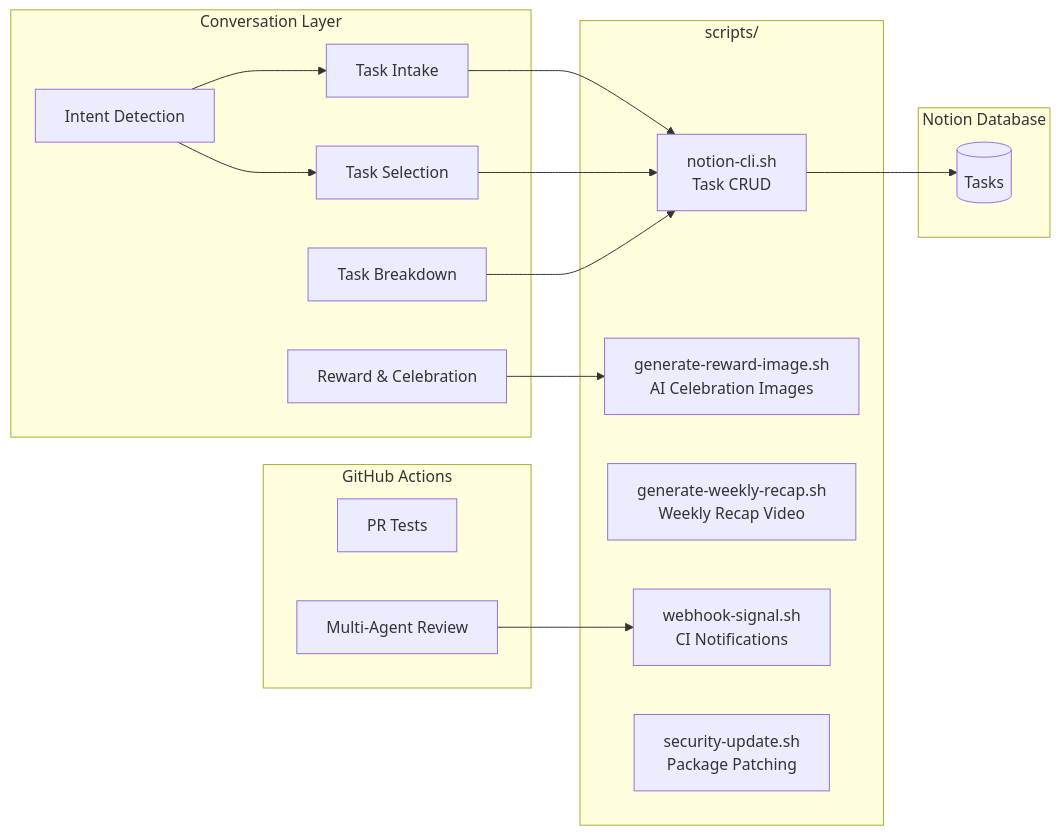
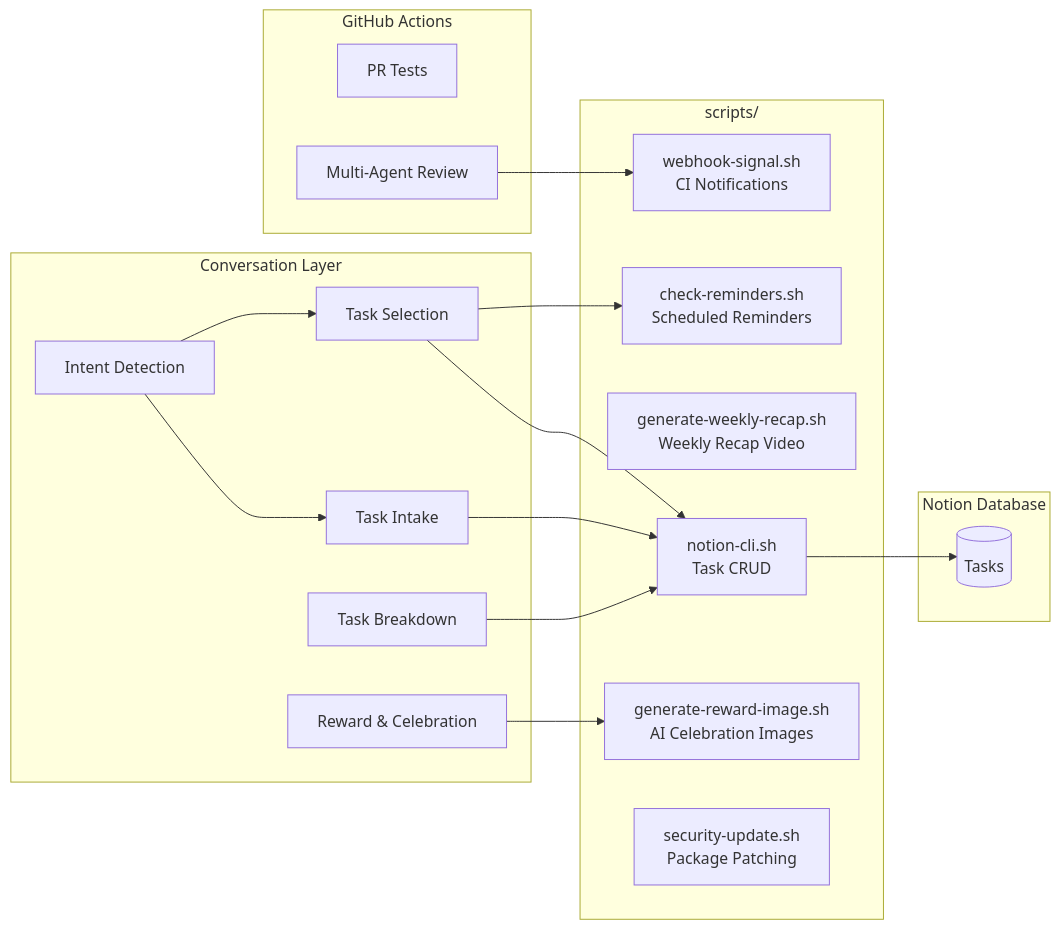
The second of 6 diagrams in docs/architecture.md (NickBorgersProbably/hide-my-list), drawn with Mermaid before and after one commit. The commit also changed other lines of this file and 7 other files, not shown here.

First line of the commit message:
Add scheduled reminder system for proactive time-based notifications

````diff
--- a/docs/architecture.md
+++ b/docs/architecture.md
@@ -55,36 +59,38 @@
 ```mermaid
 flowchart LR
     subgraph Prompts["Conversation Layer"]
         Intent[Intent Detection]
         Intake[Task Intake]
         Selection[Task Selection]
         Breakdown[Task Breakdown]
         Reward[Reward & Celebration]
     end
 
     subgraph Scripts["scripts/"]
         NotionCLI[notion-cli.sh<br/>Task CRUD]
         RewardImg[generate-reward-image.sh<br/>AI Celebration Images]
         RecapVid[generate-weekly-recap.sh<br/>Weekly Recap Video]
         WebhookSig[webhook-signal.sh<br/>CI Notifications]
+        ReminderChk[check-reminders.sh<br/>Scheduled Reminders]
         SecUpdate[security-update.sh<br/>Package Patching]
     end
 
     subgraph Storage["Notion Database"]
         Tasks[(Tasks)]
     end
 
     subgraph CI["GitHub Actions"]
         PRTests[PR Tests]
         Review[Multi-Agent Review]
     end
 
     Intent --> Intake
     Intent --> Selection
     Intake --> NotionCLI
     Selection --> NotionCLI
     NotionCLI --> Tasks
     Breakdown --> NotionCLI
     Reward --> RewardImg
+    Selection --> ReminderChk
     Review --> WebhookSig
 ```
````
